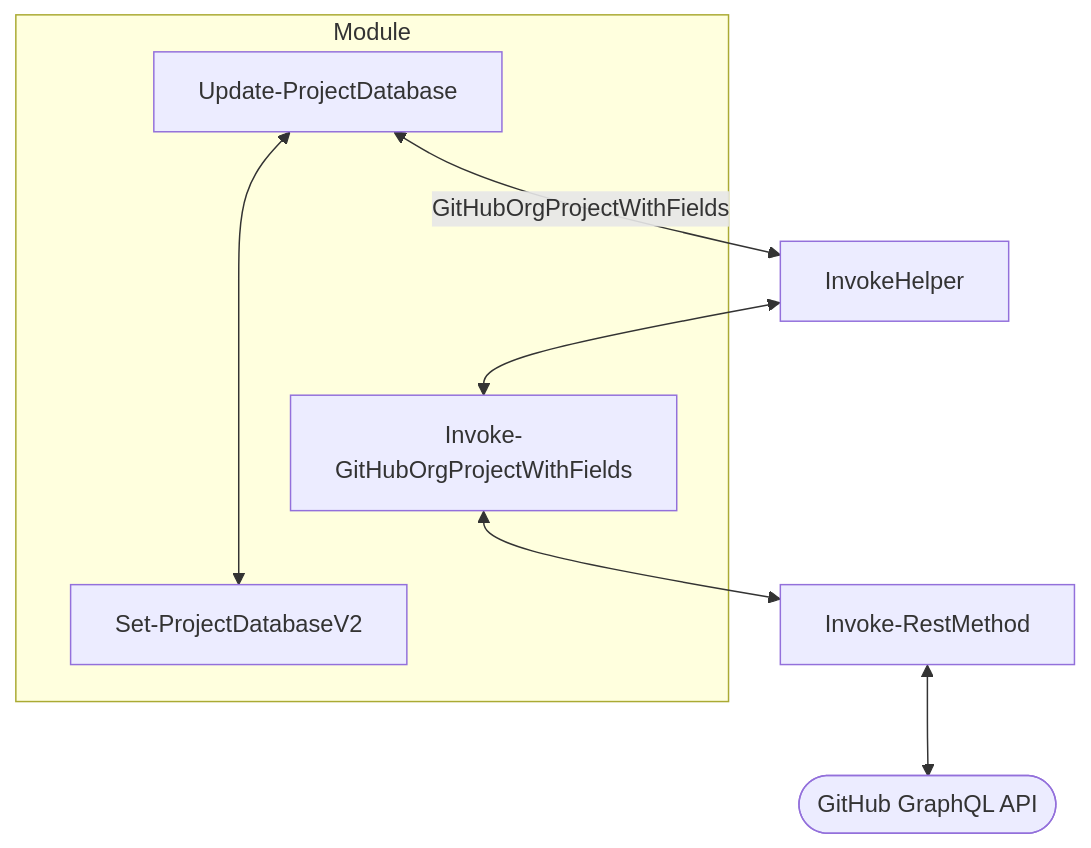
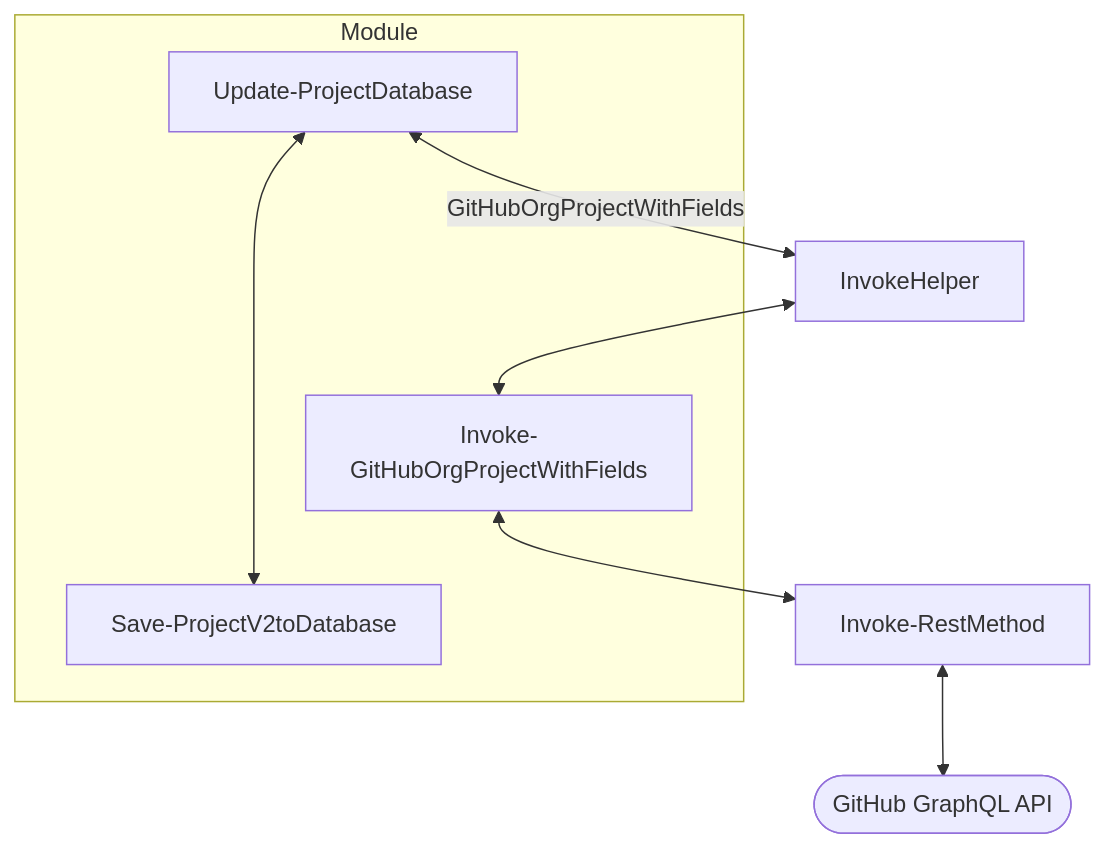
Before and after one commit to rulasg/ProjectHelper: the second of 2 diagrams in Notes.md, drawn with Mermaid. The commit also changed 2 other files, not shown here.

Commit message:
refactor(ProjectDatabase): rename Set-ProjectDatabaseV2 to Save-ProjectV2toDatabase and save projectV2 to projectDatabase

````diff
--- a/Notes.md
+++ b/Notes.md
@@ -41,19 +41,19 @@
 ```mermaid
 graph TD;
 
 
     subgraph Module
     U[Update-ProjectDatabase]
     G[Invoke-GitHubOrgProjectWithFields]
 
-    U<---->V2[Set-ProjectDatabaseV2]
+    U<---->V2[Save-ProjectV2toDatabase]
 
     end
     I<-->G
     
 
     U<-- GitHubOrgProjectWithFields--> I[InvokeHelper]
     G <--> H[Invoke-RestMethod]
     H <--> Q([GitHub GraphQL API])
     
 ```
````
